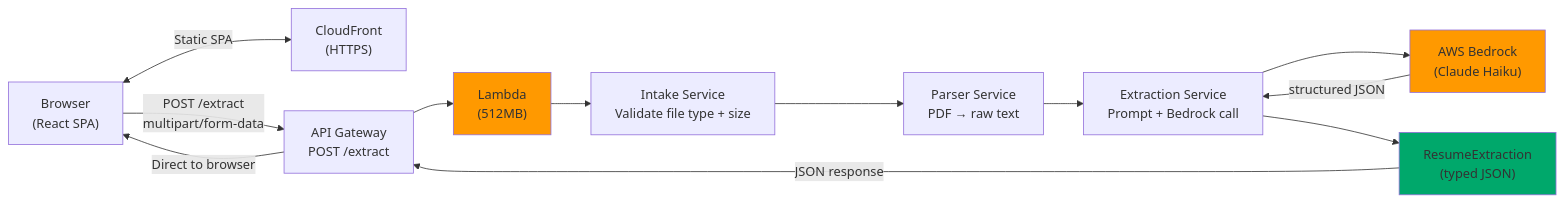
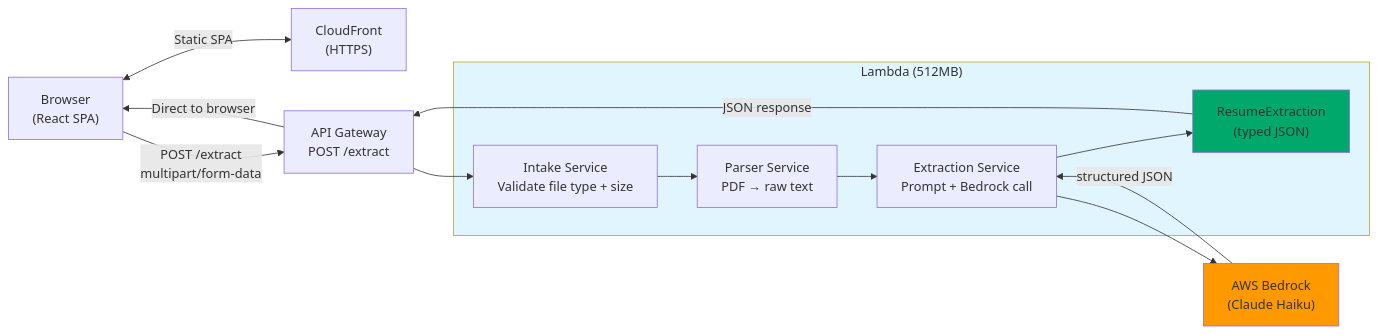
One commit to mwarman/resume-lens changed the diagram in README.md. Above: the diagram before and after it, drawn with Mermaid.

Commit message:
docs: restructure architecture diagram in README.md to group Lambda services for clarity

````diff
--- a/README.md
+++ b/README.md
@@ -28,28 +28,29 @@
 ```mermaid
 graph LR
     Browser["Browser<br/>(React SPA)"]
     CF["CloudFront<br/>(HTTPS)"]
     APIGW["API Gateway<br/>POST /extract"]
-    Lambda["Lambda<br/>(512MB)"]
-    Intake["Intake Service<br/>Validate file type + size"]
-    Parser["Parser Service<br/>PDF → raw text"]
-    Extraction["Extraction Service<br/>Prompt + Bedrock call"]
     Bedrock["AWS Bedrock<br/>(Claude Haiku)"]
-    Result["ResumeExtraction<br/>(typed JSON)"]
+
+    subgraph Lambda["Lambda (512MB)"]
+        Intake["Intake Service<br/>Validate file type + size"]
+        Parser["Parser Service<br/>PDF → raw text"]
+        Extraction["Extraction Service<br/>Prompt + Bedrock call"]
+        Result["ResumeExtraction<br/>(typed JSON)"]
+    end
 
     Browser <-->|Static SPA| CF
     Browser -->|POST /extract<br/>multipart/form-data| APIGW
-    APIGW --> Lambda
-    Lambda --> Intake
+    APIGW --> Intake
     Intake --> Parser
     Parser --> Extraction
     Extraction --> Bedrock
     Bedrock -->|structured JSON| Extraction
     Extraction --> Result
     Result -->|JSON response| APIGW
     APIGW -->|Direct to browser| Browser
 
     style Bedrock fill:#ff9900
-    style Lambda fill:#ff9900
+    style Lambda fill:#e1f5ff
     style Result fill:#00a86b
 ```
````
